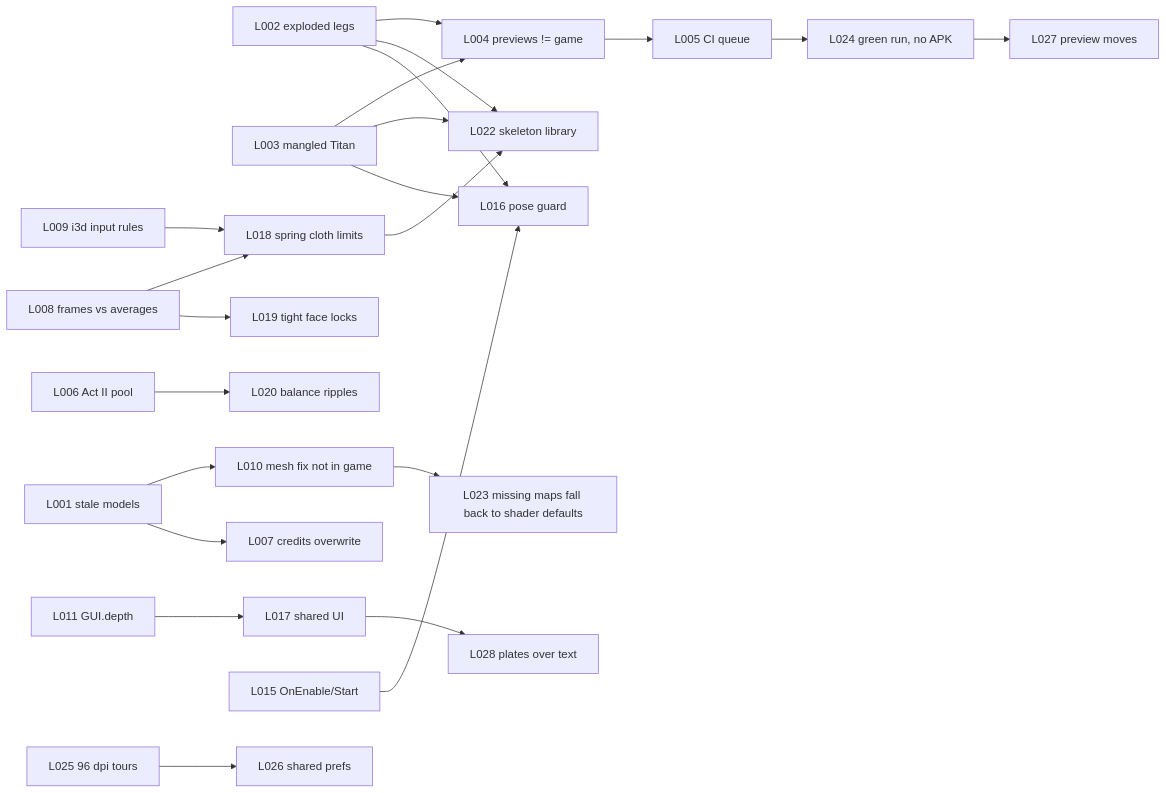
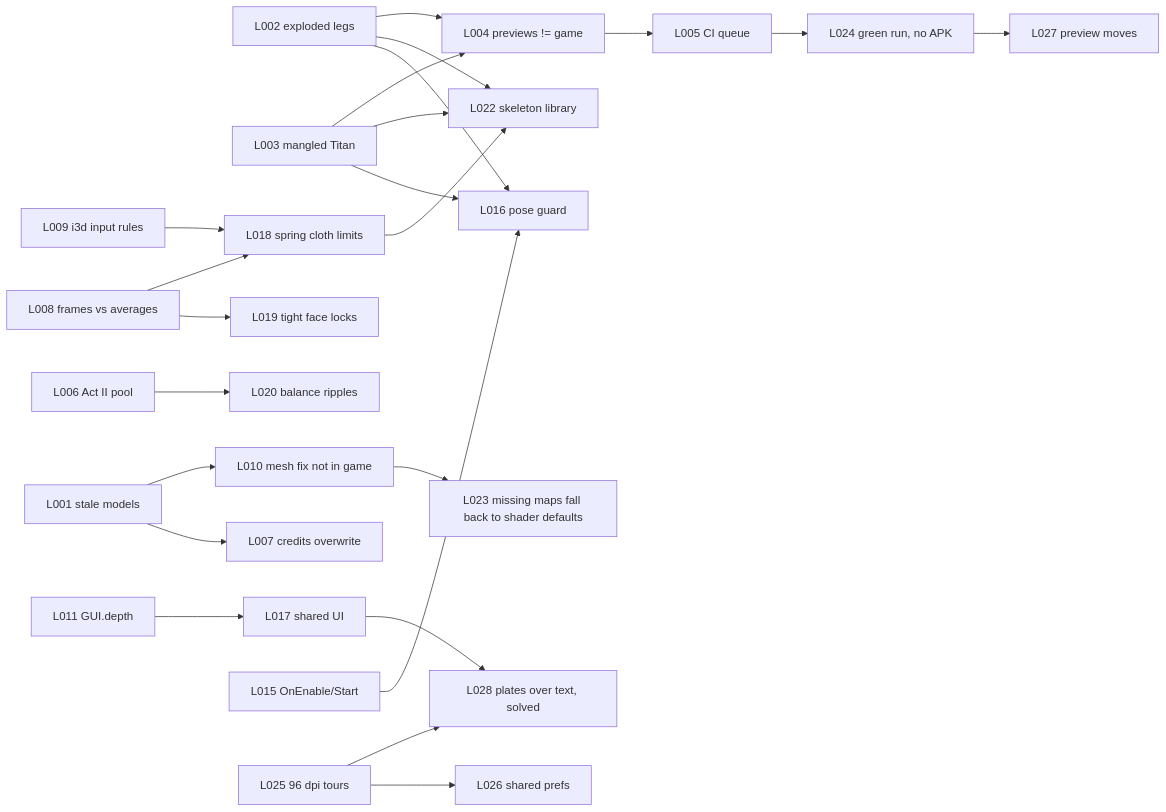
The diagram in docs/sigilbound/brain/MAP.md (eqtitan/SigilBound), drawn with Mermaid before and after one commit. The commit also changed other lines of this file and 12 other files, not shown here.

````diff
--- a/docs/sigilbound/brain/MAP.md
+++ b/docs/sigilbound/brain/MAP.md
@@ -28,24 +28,25 @@
 ```mermaid
 graph LR
   L002[L002 exploded legs] --> L016[L016 pose guard]
   L003[L003 mangled Titan] --> L016
   L002 --> L022[L022 skeleton library]
   L003 --> L022
   L018[L018 spring cloth limits] --> L022
   L004[L004 previews != game] --> L005[L005 CI queue]
   L002 --> L004
   L003 --> L004
   L001[L001 stale models] --> L007[L007 credits overwrite]
   L001 --> L010[L010 mesh fix not in game]
   L010 --> L023[L023 missing maps fall back to shader defaults]
   L006[L006 Act II pool] --> L020[L020 balance ripples]
   L008[L008 frames vs averages] --> L019[L019 tight face locks]
   L008 --> L018
   L009[L009 i3d input rules] --> L018
   L011[L011 GUI.depth] --> L017[L017 shared UI]
   L015[L015 OnEnable/Start] --> L016
   L005 --> L024[L024 green run, no APK]
   L024 --> L027[L027 preview moves]
   L025[L025 96 dpi tours] --> L026[L026 shared prefs]
-  L017 --> L028[L028 plates over text]
+  L017 --> L028[L028 plates over text, solved]
+  L025 --> L028
 ```
````
